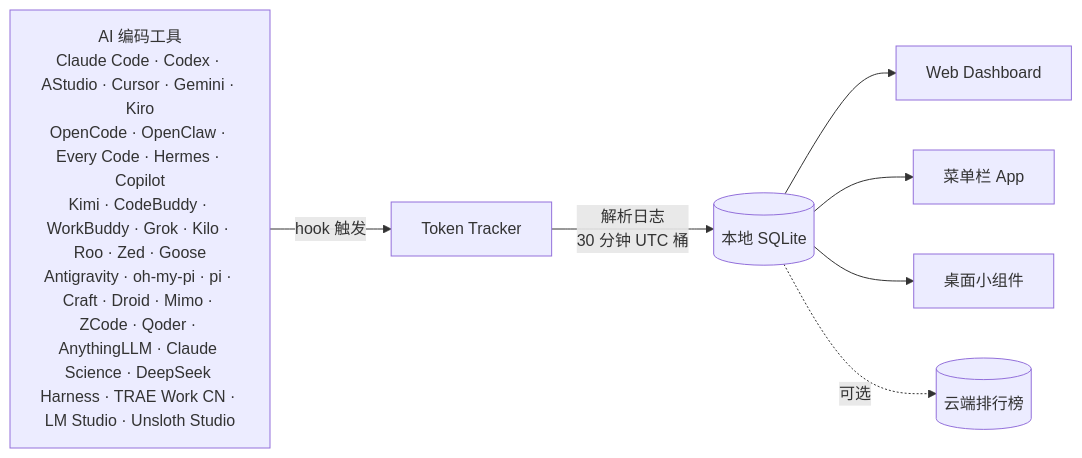
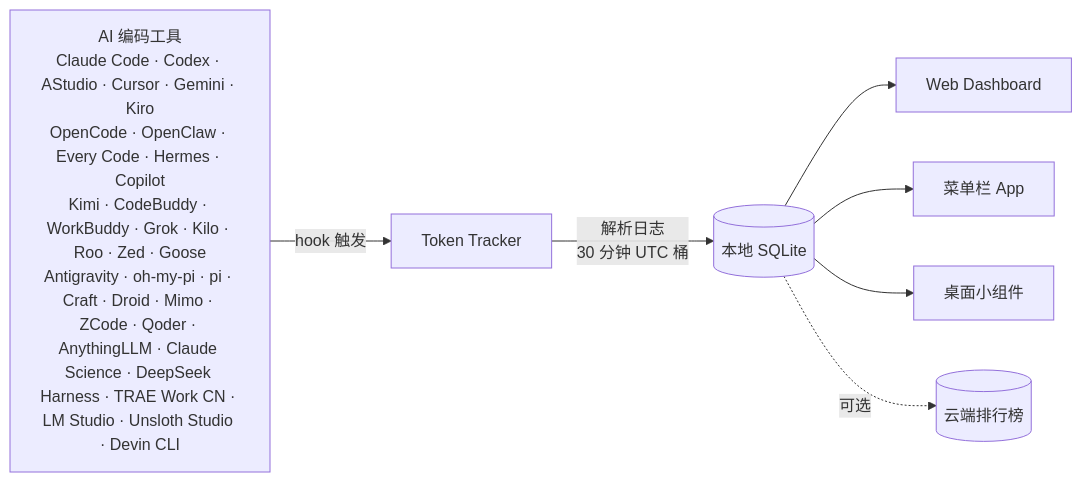
The diagram in README.zh-CN.md (GboyCode/TokenTracker), drawn with Mermaid before and after one commit. The commit also changed other lines of this file and 22 other files, not shown here.

First line of the commit message:
feat: track local Devin CLI token usage as a passive source

````diff
--- a/README.zh-CN.md
+++ b/README.zh-CN.md
@@ -244,10 +245,10 @@
 ```mermaid
 flowchart LR
-    A["AI 编码工具<br/>Claude Code · Codex · AStudio · Cursor · Gemini · Kiro<br/>OpenCode · OpenClaw · Every Code · Hermes · Copilot<br/>Kimi · CodeBuddy · WorkBuddy · Grok · Kilo · Roo · Zed · Goose<br/>Antigravity · oh-my-pi · pi · Craft · Droid · Mimo · ZCode · Qoder · AnythingLLM · Claude Science · DeepSeek Harness · TRAE Work CN · LM Studio · Unsloth Studio"]
+    A["AI 编码工具<br/>Claude Code · Codex · AStudio · Cursor · Gemini · Kiro<br/>OpenCode · OpenClaw · Every Code · Hermes · Copilot<br/>Kimi · CodeBuddy · WorkBuddy · Grok · Kilo · Roo · Zed · Goose<br/>Antigravity · oh-my-pi · pi · Craft · Droid · Mimo · ZCode · Qoder · AnythingLLM · Claude Science · DeepSeek Harness · TRAE Work CN · LM Studio · Unsloth Studio · Devin CLI"]
     A -->|hook 触发| B[Token Tracker]
     B -->|解析日志<br/>30 分钟 UTC 桶| C[(本地 SQLite)]
     C --> D[Web Dashboard]
     C --> E[菜单栏 App]
     C --> F[桌面小组件]
     C -.->|可选| G[(云端排行榜)]
 ```
````
